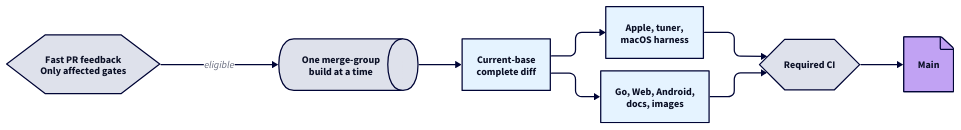
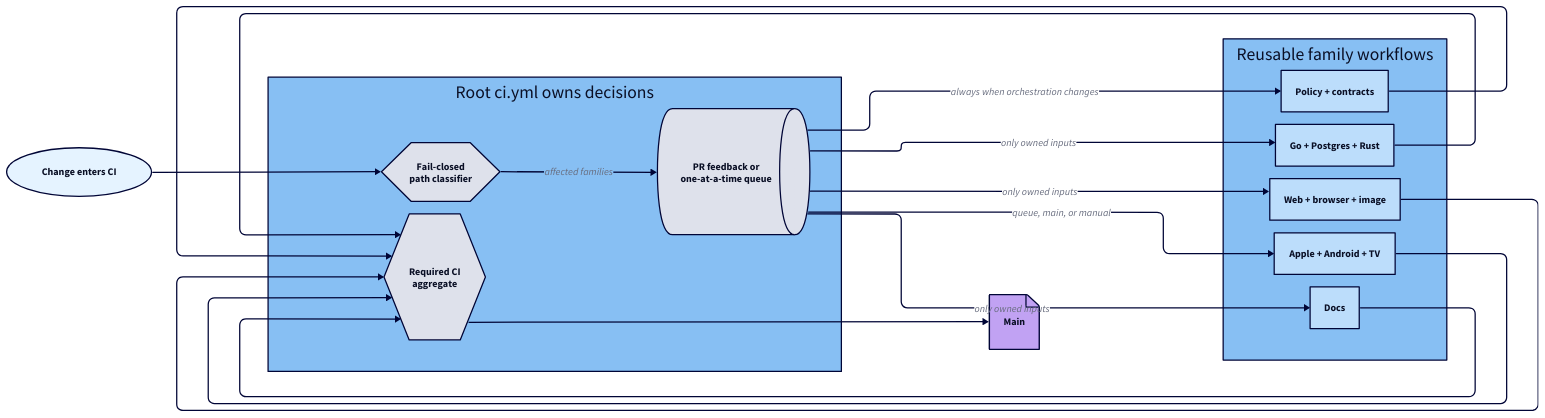
The diagram in docs/diagrams/ci.d2 (loomarr/loomarr), drawn with D2 before and after one commit. The commit also changed 39 other files, not shown here.

Commit message:
ci: split orchestration into owned modules

```diff
--- a/docs/diagrams/ci.d2
+++ b/docs/diagrams/ci.d2
@@ -1,25 +1,47 @@
 vars: {
   d2-config: {
     layout-engine: elk
     theme-id: 4
     dark-theme-id: 200
     pad: 32
     center: true
   }
 }
 
 direction: right
 
-feedback: Fast PR feedback\nOnly affected gates {shape: hexagon}
-queue: One merge-group\nbuild at a time {shape: queue}
-current: Current-base\ncomplete diff
-native: Apple, tuner,\nmacOS harness
-other: Go, Web, Android,\ndocs, images
-required: Required CI {shape: hexagon}
+inputs: Change enters CI {
+  shape: oval
+}
+
+orchestrator: Root ci.yml owns decisions {
+  classifier: Fail-closed\npath classifier {shape: hexagon}
+  admission: PR feedback or\none-at-a-time queue {shape: queue}
+  aggregate: Required CI\naggregate {shape: hexagon}
+
+  classifier -> admission: affected families
+}
+
+families: Reusable family workflows {
+  direction: down
+  policy: Policy + contracts
+  go: Go + Postgres + Rust
+  web: Web + browser + image
+  native: Apple + Android + TV
+  docs: Docs
+}
+
 main: Main {shape: page}
 
-feedback -> queue: eligible
-queue -> current
-current -> native -> required
-current -> other -> required
-required -> main
+inputs -> orchestrator.classifier
+orchestrator.admission -> families.policy: always when orchestration changes
+orchestrator.admission -> families.go: only owned inputs
+orchestrator.admission -> families.web: only owned inputs
+orchestrator.admission -> families.native: queue, main, or manual
+orchestrator.admission -> families.docs: only owned inputs
+families.policy -> orchestrator.aggregate
+families.go -> orchestrator.aggregate
+families.web -> orchestrator.aggregate
+families.native -> orchestrator.aggregate
+families.docs -> orchestrator.aggregate
+orchestrator.aggregate -> main
```
